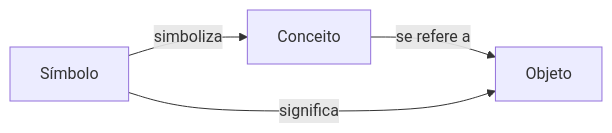
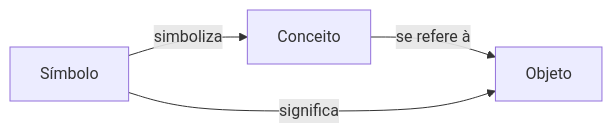
The third of 4 diagrams in Mestrado/Segundo Semestre/SIN5033 - Grafos de conhecimento e Ontologias/Aula 1/1 Conceitos basicos.md (Igorino/joplin-notes), drawn with Mermaid before and after one commit. The commit also changed other lines of this file, not shown here.

Commit message:
Exported on 2026-04-05_20-36-06

````diff
--- a/Mestrado/Segundo Semestre/SIN5033 - Grafos de conhecimento e Ontologias/Aula 1/1 Conceitos basicos.md
+++ b/Mestrado/Segundo Semestre/SIN5033 - Grafos de conhecimento e Ontologias/Aula 1/1 Conceitos basicos.md
@@ -80,6 +80,6 @@
 ```mermaid
 flowchart LR
-	Conceito -- se refere a --> Objeto
+	Conceito -- se refere à --> Objeto
 	Símbolo -- simboliza --> Conceito
 	Símbolo -- significa --> Objeto
 ```
````
